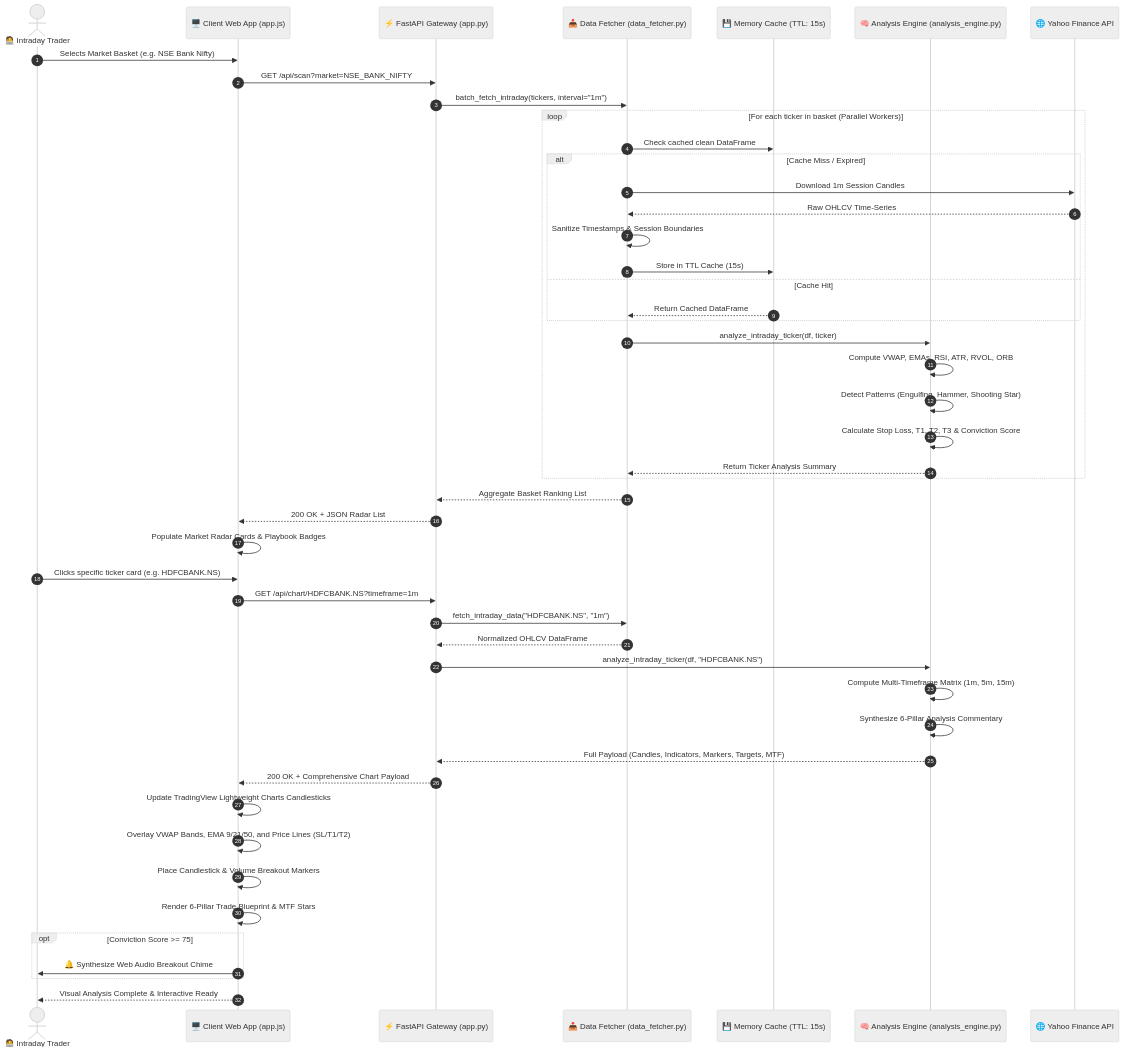
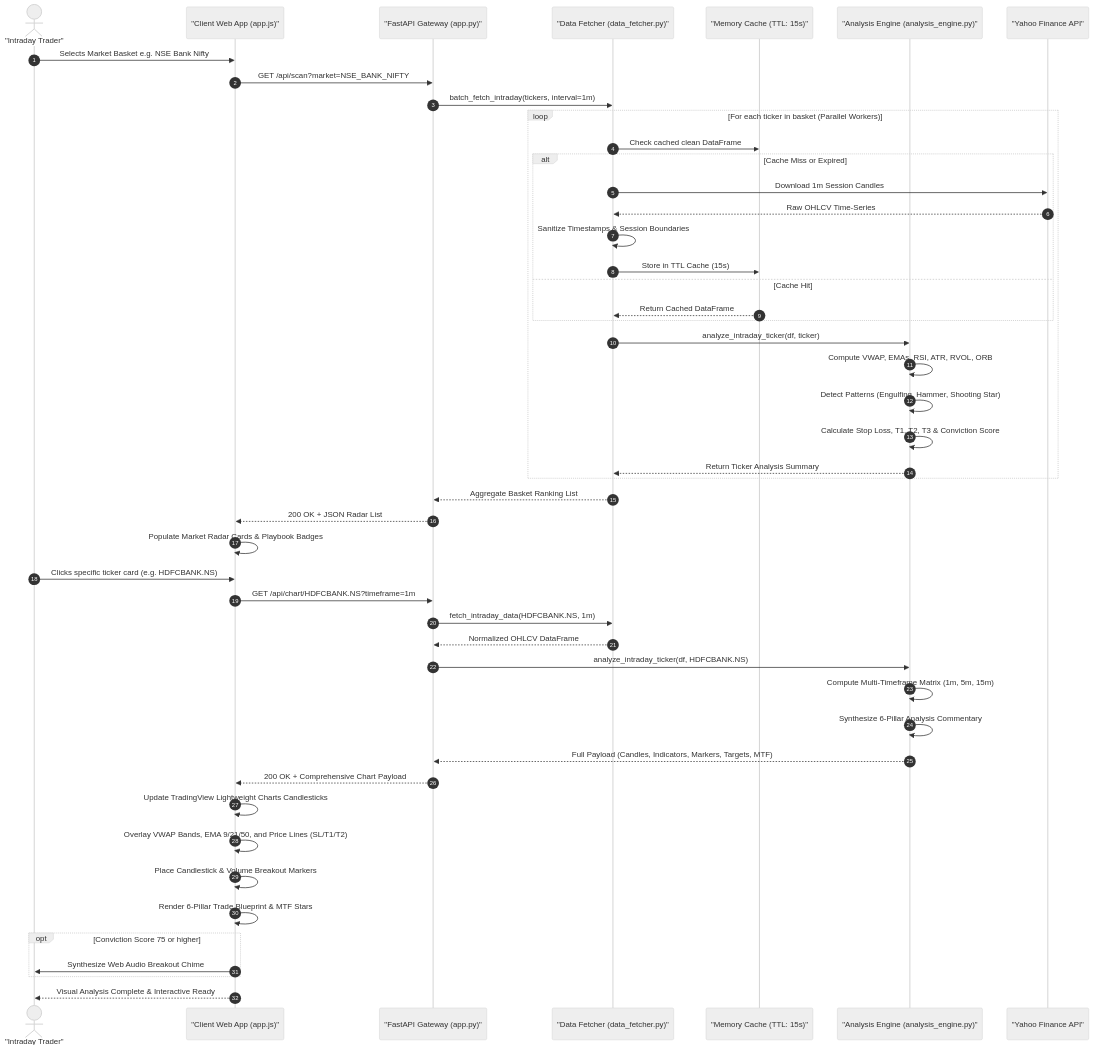
The third of 3 diagrams in ApexIntranet/README.md (amitgupta2005/AntiGravity), drawn with Mermaid (neutral theme) before and after one commit. The commit also changed other lines of this file, not shown here.

Commit message:
fix(docs): resolve Mermaid syntax errors in technical architecture diagrams

````diff
--- a/ApexIntranet/README.md
+++ b/ApexIntranet/README.md
@@ -236,55 +267,55 @@
 ```mermaid
 sequenceDiagram
     autonumber
-    actor Trader as 🧑‍💻 Intraday Trader
-    participant Browser as 🖥️ Client Web App (app.js)
-    participant API as ⚡ FastAPI Gateway (app.py)
-    participant Fetcher as 📥 Data Fetcher (data_fetcher.py)
-    participant Cache as 💾 Memory Cache (TTL: 15s)
-    participant Quant as 🧠 Analysis Engine (analysis_engine.py)
-    participant Yahoo as 🌐 Yahoo Finance API
+    actor Trader as "Intraday Trader"
+    participant Browser as "Client Web App (app.js)"
+    participant API as "FastAPI Gateway (app.py)"
+    participant Fetcher as "Data Fetcher (data_fetcher.py)"
+    participant Cache as "Memory Cache (TTL: 15s)"
+    participant Quant as "Analysis Engine (analysis_engine.py)"
+    participant Yahoo as "Yahoo Finance API"
 
-    Trader->>Browser: Selects Market Basket (e.g. NSE Bank Nifty)
+    Trader->>Browser: Selects Market Basket e.g. NSE Bank Nifty
     Browser->>API: GET /api/scan?market=NSE_BANK_NIFTY
-    API->>Fetcher: batch_fetch_intraday(tickers, interval="1m")
+    API->>Fetcher: batch_fetch_intraday(tickers, interval=1m)
     
     loop For each ticker in basket (Parallel Workers)
         Fetcher->>Cache: Check cached clean DataFrame
-        alt Cache Miss / Expired
+        alt Cache Miss or Expired
             Fetcher->>Yahoo: Download 1m Session Candles
             Yahoo-->>Fetcher: Raw OHLCV Time-Series
             Fetcher->>Fetcher: Sanitize Timestamps & Session Boundaries
             Fetcher->>Cache: Store in TTL Cache (15s)
         else Cache Hit
             Cache-->>Fetcher: Return Cached DataFrame
         end
         Fetcher->>Quant: analyze_intraday_ticker(df, ticker)
         Quant->>Quant: Compute VWAP, EMAs, RSI, ATR, RVOL, ORB
         Quant->>Quant: Detect Patterns (Engulfing, Hammer, Shooting Star)
         Quant->>Quant: Calculate Stop Loss, T1, T2, T3 & Conviction Score
         Quant-->>Fetcher: Return Ticker Analysis Summary
     end
 
     Fetcher-->>API: Aggregate Basket Ranking List
     API-->>Browser: 200 OK + JSON Radar List
     Browser->>Browser: Populate Market Radar Cards & Playbook Badges
 
     Trader->>Browser: Clicks specific ticker card (e.g. HDFCBANK.NS)
     Browser->>API: GET /api/chart/HDFCBANK.NS?timeframe=1m
-    API->>Fetcher: fetch_intraday_data("HDFCBANK.NS", "1m")
+    API->>Fetcher: fetch_intraday_data(HDFCBANK.NS, 1m)
     Fetcher-->>API: Normalized OHLCV DataFrame
-    API->>Quant: analyze_intraday_ticker(df, "HDFCBANK.NS")
+    API->>Quant: analyze_intraday_ticker(df, HDFCBANK.NS)
     Quant->>Quant: Compute Multi-Timeframe Matrix (1m, 5m, 15m)
     Quant->>Quant: Synthesize 6-Pillar Analysis Commentary
     Quant-->>API: Full Payload (Candles, Indicators, Markers, Targets, MTF)
     API-->>Browser: 200 OK + Comprehensive Chart Payload
 
     Browser->>Browser: Update TradingView Lightweight Charts Candlesticks
     Browser->>Browser: Overlay VWAP Bands, EMA 9/21/50, and Price Lines (SL/T1/T2)
     Browser->>Browser: Place Candlestick & Volume Breakout Markers
     Browser->>Browser: Render 6-Pillar Trade Blueprint & MTF Stars
-    opt Conviction Score >= 75
-        Browser->>Trader: 🔔 Synthesize Web Audio Breakout Chime
+    opt Conviction Score 75 or higher
+        Browser->>Trader: Synthesize Web Audio Breakout Chime
     end
     Browser-->>Trader: Visual Analysis Complete & Interactive Ready
 ```
````
